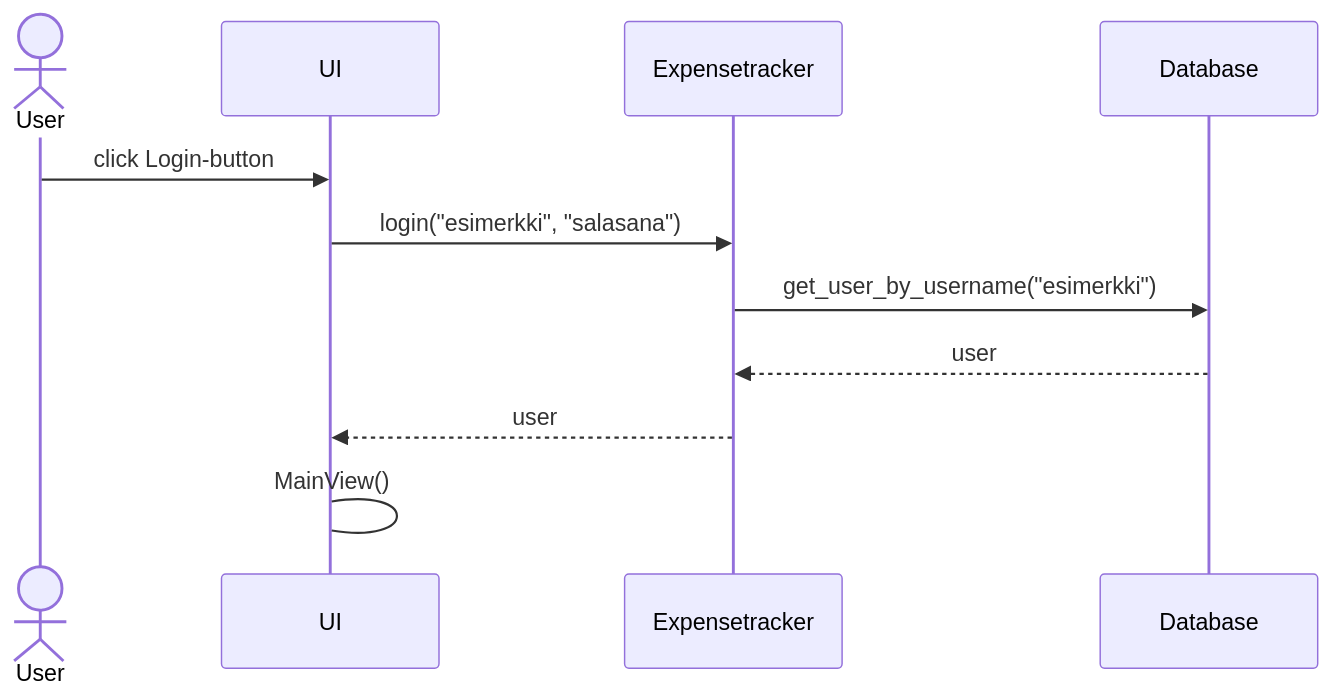
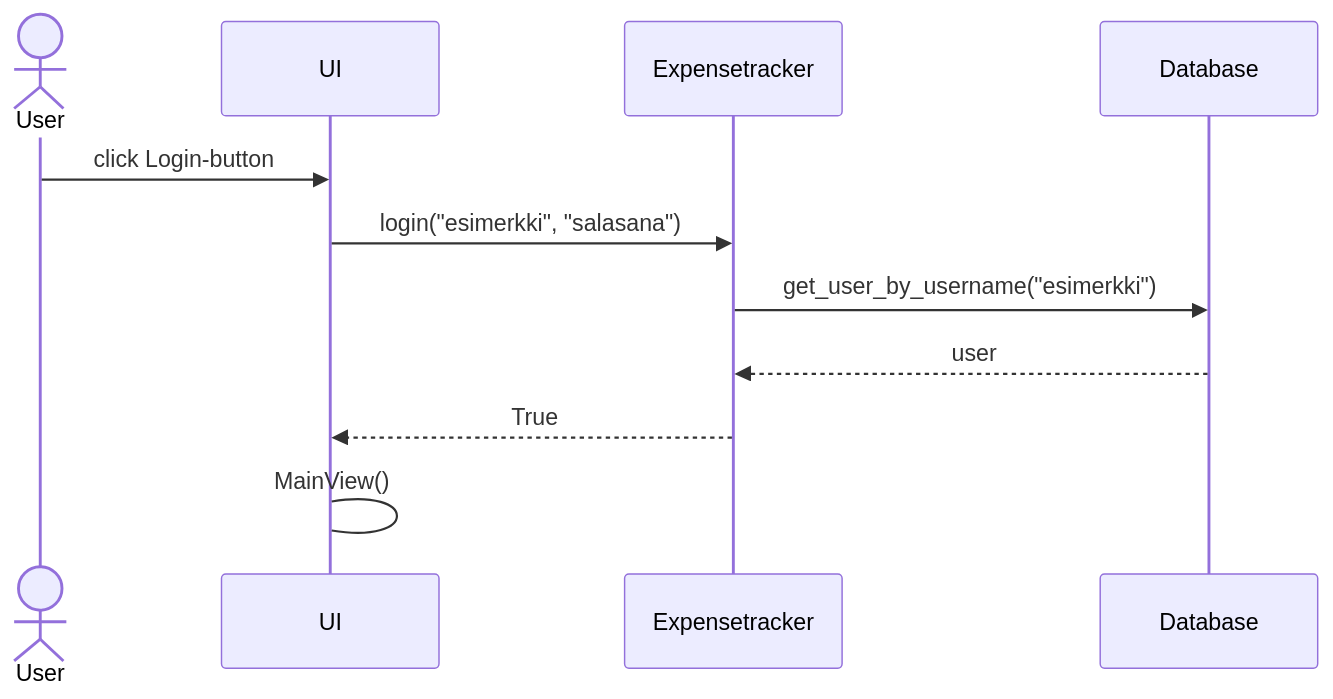
Before and after one commit to maholmlund/ot-harjoitustyo: the third of 5 diagrams in dokumentaatio/arkkitehtuuri.md, drawn with Mermaid. The commit also changed other lines of this file, not shown here.

````diff
--- a/dokumentaatio/arkkitehtuuri.md
+++ b/dokumentaatio/arkkitehtuuri.md
@@ -56,13 +77,13 @@
 ```mermaid
 sequenceDiagram
   actor User
   participant UI
   participant Expensetracker
   participant Database
   User->>UI: click Login-button
   UI->>Expensetracker: login("esimerkki", "salasana")
   Expensetracker->>Database: get_user_by_username("esimerkki")
   Database-->>Expensetracker: user
-  Expensetracker-->>UI: user
+  Expensetracker-->>UI: True
   UI->UI: MainView()
 ```
````
